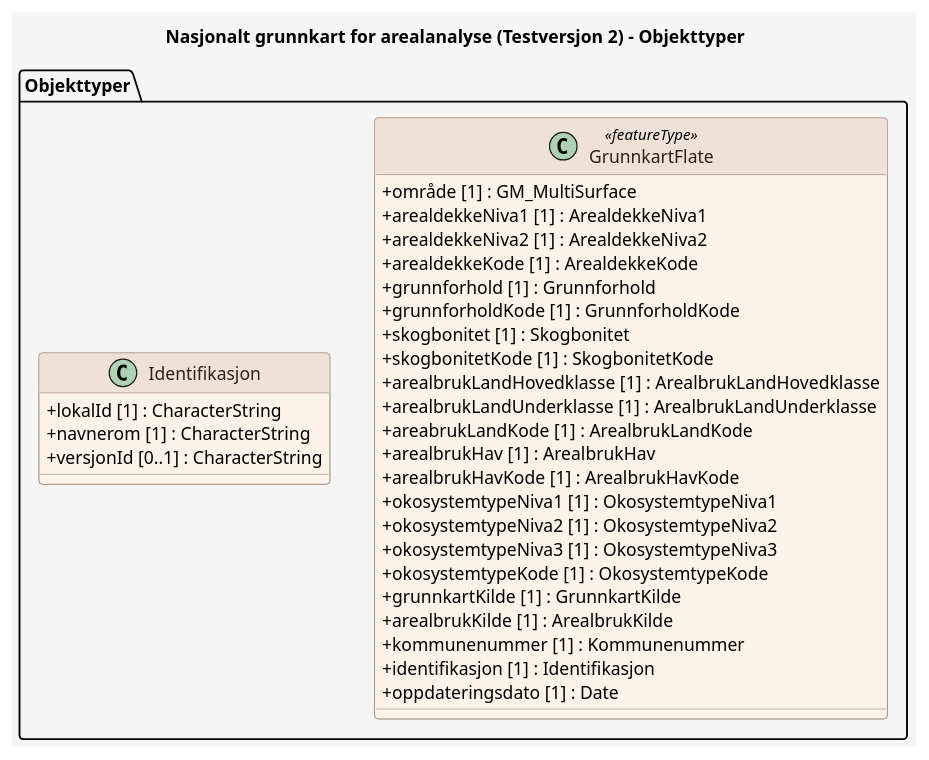
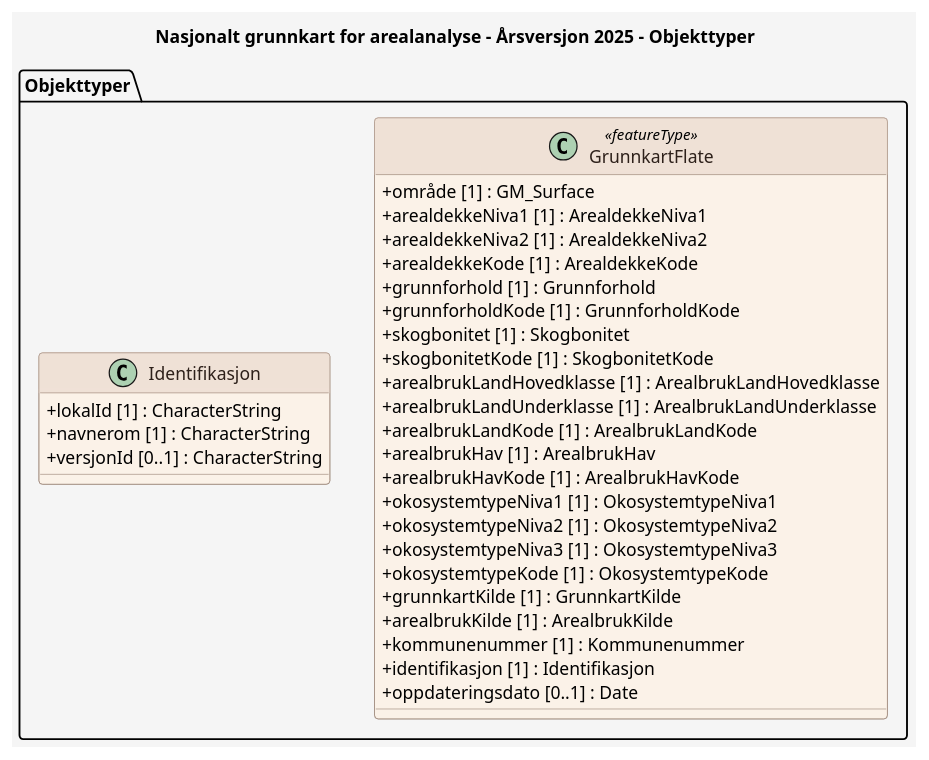
The diagram in produktspesifikasjon/grunnkart-arealanalyse/grunnkart-arealanalyse_xmi_feature_catalogue.puml (larsingea/produktspesifikasjon_mal), drawn with PlantUML before and after one commit. The commit also changed 5 other files, not shown here.

```diff
--- a/produktspesifikasjon/grunnkart-arealanalyse/grunnkart-arealanalyse_xmi_feature_catalogue.puml
+++ b/produktspesifikasjon/grunnkart-arealanalyse/grunnkart-arealanalyse_xmi_feature_catalogue.puml
@@ -1,59 +1,59 @@
 @startuml
-title Nasjonalt grunnkart for arealanalyse (Testversjon 2) - Objekttyper
+title Nasjonalt grunnkart for arealanalyse - Årsversjon 2025 - Objekttyper
 
 skinparam backgroundColor #F5F5F5
 skinparam shadowing false
 skinparam RoundCorner 6
 skinparam ArrowColor #6C8198
 skinparam class {
   BackgroundColor #FBF2E8
   BorderColor #9C8578
   FontColor #2D201A
   HeaderBackgroundColor #EFE1D6
   HeaderFontColor #2D201A
   AttributeIconSize 0
 }
 skinparam note {
   BackgroundColor #FFFFFF
   BorderColor #6C8198
   FontColor #2D201A
 }
 skinparam stereotypeCBackgroundColor #EAD9CE
 skinparam stereotypeCBorderColor #9C8578
 skinparam stereotypeCFontColor #2D201A
 
 package "Objekttyper" {
 
   class GrunnkartFlate <<featureType>> {
-    + område [1] : GM_MultiSurface
+    + område [1] : GM_Surface
     + arealdekkeNiva1 [1] : ArealdekkeNiva1
     + arealdekkeNiva2 [1] : ArealdekkeNiva2
     + arealdekkeKode [1] : ArealdekkeKode
     + grunnforhold [1] : Grunnforhold
     + grunnforholdKode [1] : GrunnforholdKode
     + skogbonitet [1] : Skogbonitet
     + skogbonitetKode [1] : SkogbonitetKode
     + arealbrukLandHovedklasse [1] : ArealbrukLandHovedklasse
     + arealbrukLandUnderklasse [1] : ArealbrukLandUnderklasse
-    + areabrukLandKode [1] : ArealbrukLandKode
+    + arealbrukLandKode [1] : ArealbrukLandKode
     + arealbrukHav [1] : ArealbrukHav
     + arealbrukHavKode [1] : ArealbrukHavKode
     + okosystemtypeNiva1 [1] : OkosystemtypeNiva1
     + okosystemtypeNiva2 [1] : OkosystemtypeNiva2
     + okosystemtypeNiva3 [1] : OkosystemtypeNiva3
     + okosystemtypeKode [1] : OkosystemtypeKode
     + grunnkartKilde [1] : GrunnkartKilde
     + arealbrukKilde [1] : ArealbrukKilde
     + kommunenummer [1] : Kommunenummer
     + identifikasjon [1] : Identifikasjon
-    + oppdateringsdato [1] : Date
+    + oppdateringsdato [0..1] : Date
   }
 
   class Identifikasjon {
     + lokalId [1] : CharacterString
     + navnerom [1] : CharacterString
     + versjonId [0..1] : CharacterString
   }
 }
 
 @enduml
```
